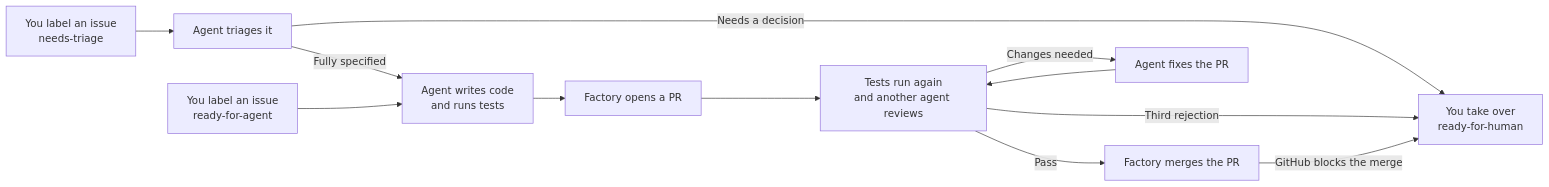
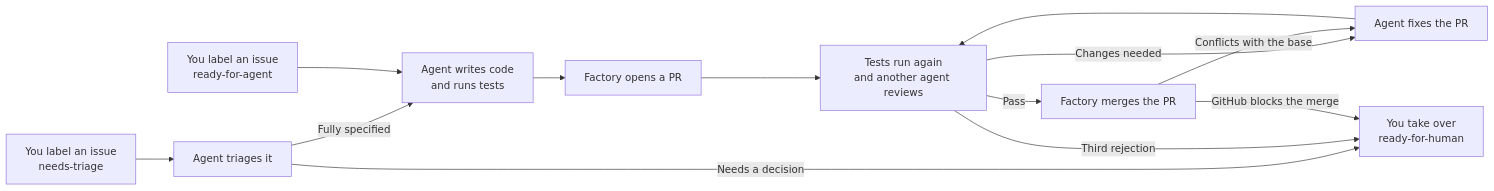
The diagram in README.md (jonbaldie/software-factory), drawn with Mermaid before and after one commit. The commit also changed other lines of this file and 5 other files, not shown here.

First line of the commit message:
Send merge conflicts back to the fixer instead of a human (#14)

````diff
--- a/README.md
+++ b/README.md
@@ -15,14 +15,15 @@
 ```mermaid
 flowchart LR
   triage["You label an issue<br/>needs-triage"] --> triager["Agent triages it"]
   triager -->|Fully specified| implement
   triager -->|Needs a decision| human
   issue["You label an issue<br/>ready-for-agent"] --> implement["Agent writes code<br/>and runs tests"]
   implement --> pr["Factory opens a PR"]
   pr --> review["Tests run again<br/>and another agent reviews"]
   review -->|Pass| merge["Factory merges the PR"]
   review -->|Changes needed| fix["Agent fixes the PR"]
   fix --> review
   review -->|Third rejection| human["You take over<br/>ready-for-human"]
+  merge -->|Conflicts with the base| fix
   merge -->|GitHub blocks the merge| human
 ```
````
